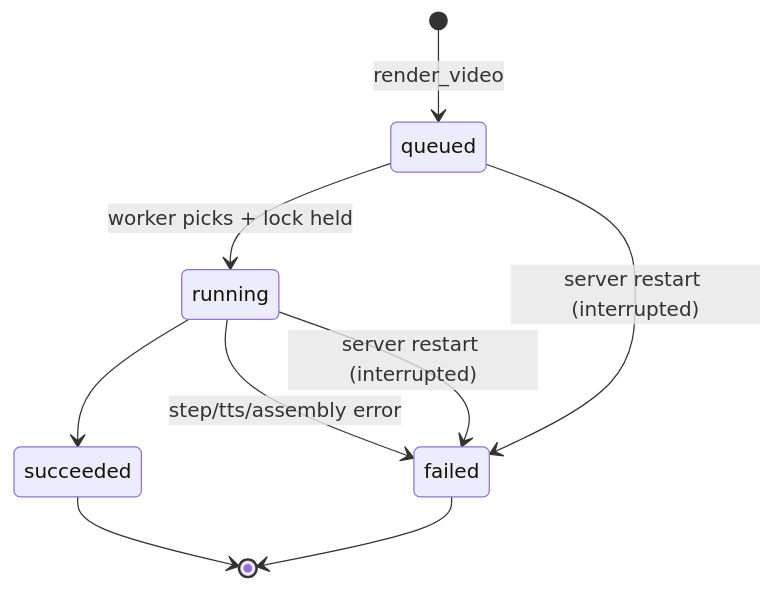
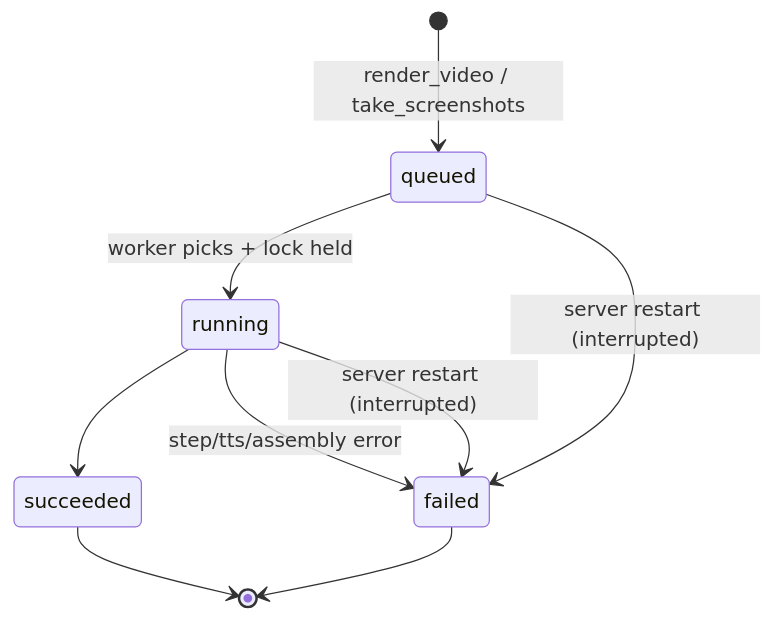
One commit to makuchpatryk/screencaster changed the third of 3 diagrams in docs/ARCHITECTURE.md. Above: the diagram before and after it, drawn with Mermaid. The commit also changed other lines of this file and 52 other files, not shown here.

````diff
--- a/docs/ARCHITECTURE.md
+++ b/docs/ARCHITECTURE.md
@@ -243,11 +257,11 @@
 ```mermaid
 stateDiagram-v2
-    [*] --> queued: render_video
+    [*] --> queued: render_video / take_screenshots
     queued --> running: worker picks + lock held
     running --> succeeded
     running --> failed: step/tts/assembly error
     queued --> failed: server restart (interrupted)
     running --> failed: server restart (interrupted)
     succeeded --> [*]
     failed --> [*]
 ```
````
